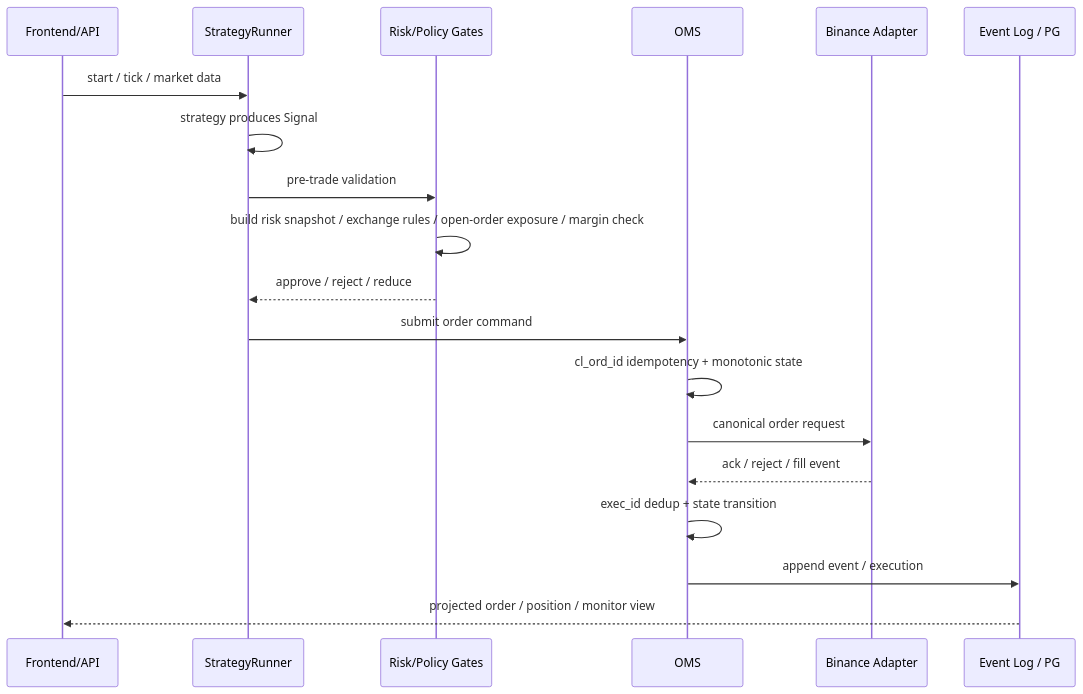
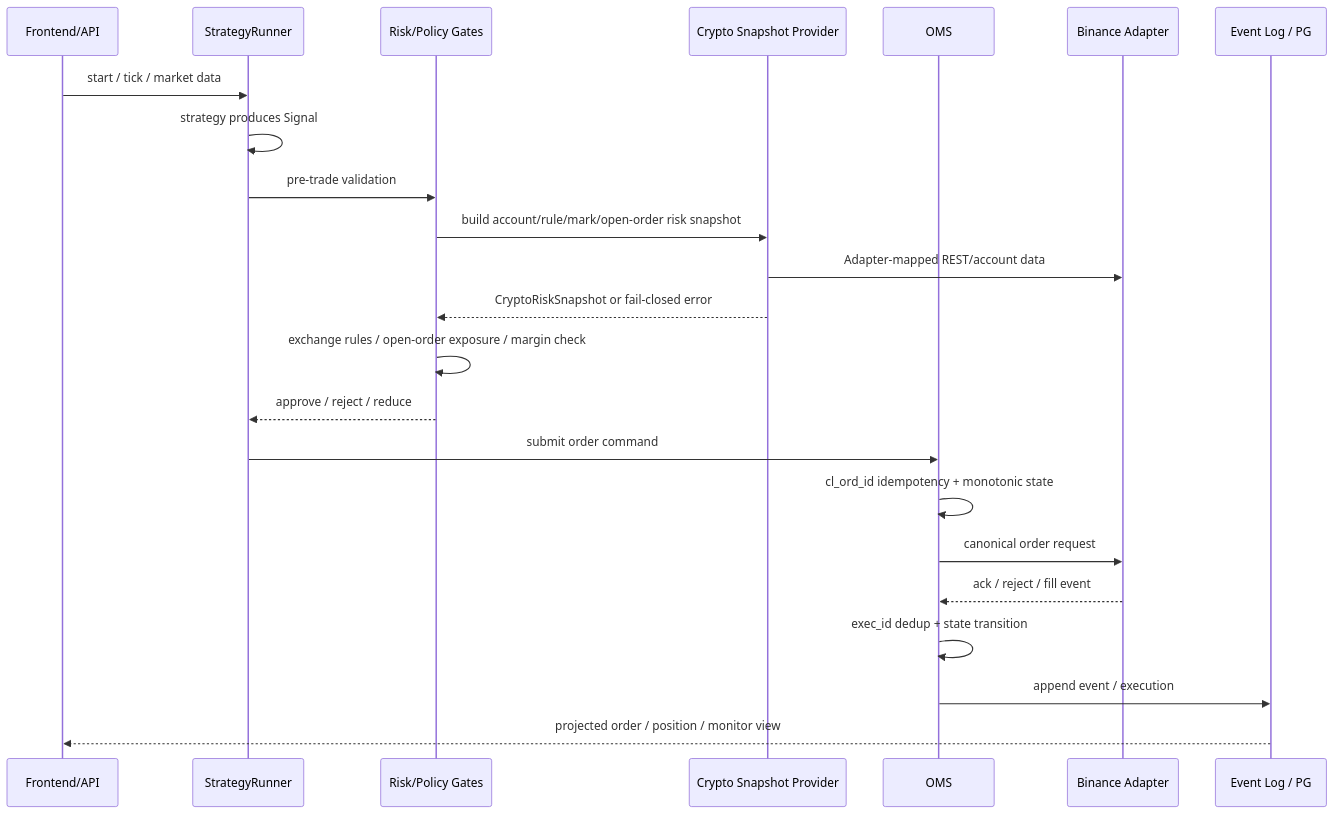
One commit to xiaomiaoalex/quant_trading_system changed the third of 6 diagrams in docs/PROJECT_ARCHITECTURE.md. Above: the diagram before and after it, drawn with Mermaid. The commit also changed other lines of this file and 15 other files, not shown here.

Commit message:
feat(task-9.2): wire crypto risk snapshots

````diff
--- a/docs/PROJECT_ARCHITECTURE.md
+++ b/docs/PROJECT_ARCHITECTURE.md
@@ -122,22 +127,26 @@
 ```mermaid
 sequenceDiagram
     participant FE as Frontend/API
     participant Runner as StrategyRunner
     participant Policy as Risk/Policy Gates
+    participant Snapshot as Crypto Snapshot Provider
     participant OMS as OMS
     participant Broker as Binance Adapter
     participant Store as Event Log / PG
 
     FE->>Runner: start / tick / market data
     Runner->>Runner: strategy produces Signal
     Runner->>Policy: pre-trade validation
-    Policy->>Policy: build risk snapshot / exchange rules / open-order exposure / margin check
+    Policy->>Snapshot: build account/rule/mark/open-order risk snapshot
+    Snapshot->>Broker: Adapter-mapped REST/account data
+    Snapshot-->>Policy: CryptoRiskSnapshot or fail-closed error
+    Policy->>Policy: exchange rules / open-order exposure / margin check
     Policy-->>Runner: approve / reject / reduce
     Runner->>OMS: submit order command
     OMS->>OMS: cl_ord_id idempotency + monotonic state
     OMS->>Broker: canonical order request
     Broker-->>OMS: ack / reject / fill event
     OMS->>OMS: exec_id dedup + state transition
     OMS->>Store: append event / execution
     Store-->>FE: projected order / position / monitor view
 ```
````
